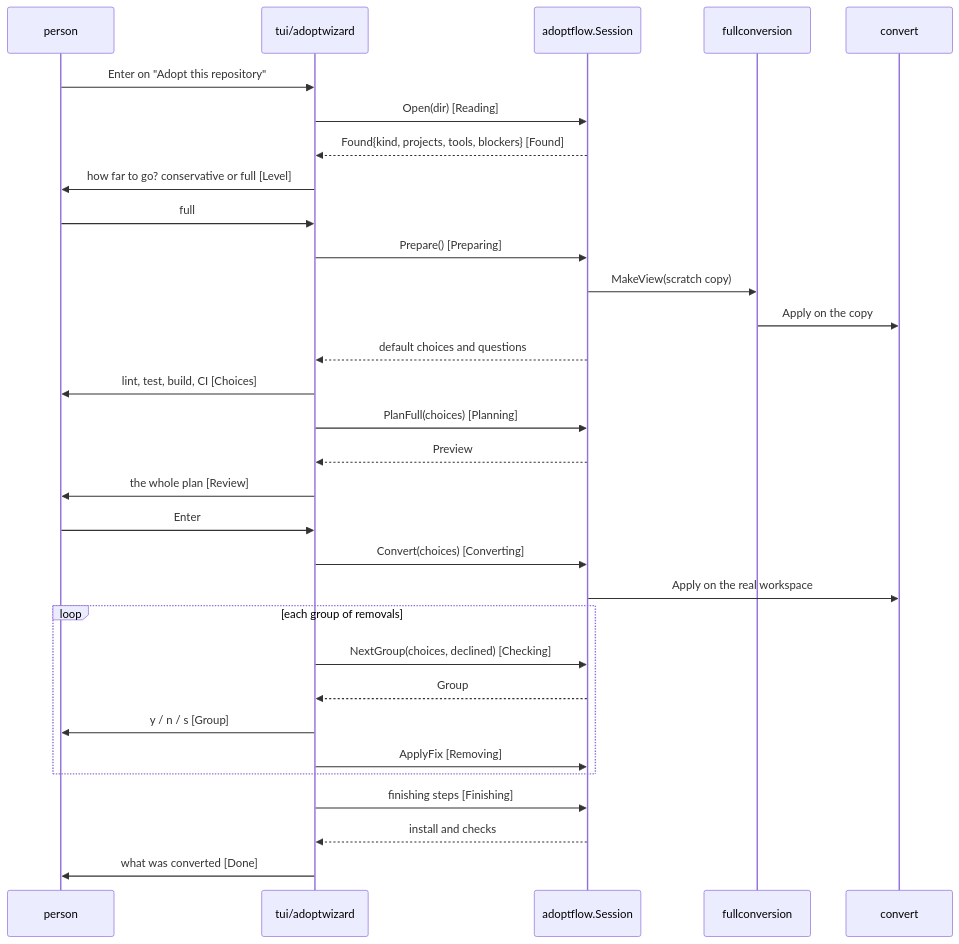
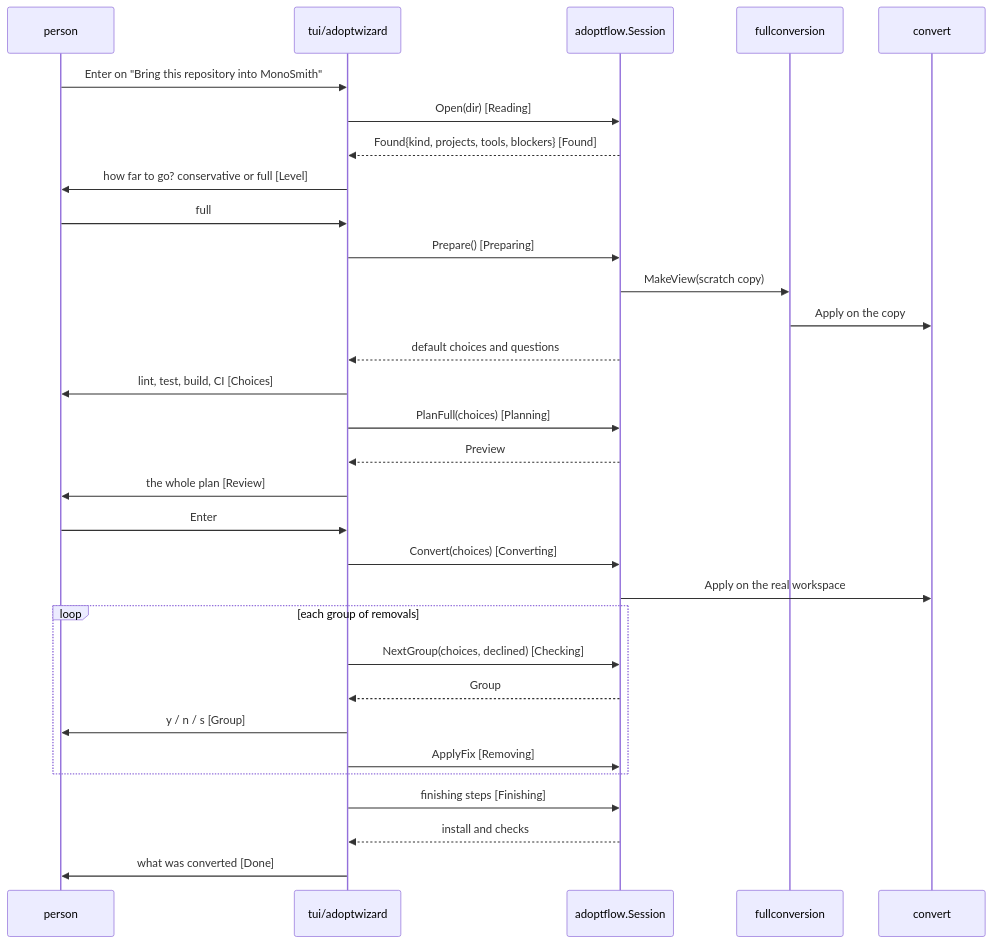
One commit to monosmith-app/monosmith changed the third of 3 diagrams in docs/architecture/adopt-and-convert.md. Above: the diagram before and after it, drawn with Mermaid. The commit also changed other lines of this file and 5 other files, not shown here.

First line of the commit message:
docs(smith): say there is one way into smith, not adopt or convert

````diff
--- a/docs/architecture/adopt-and-convert.md
+++ b/docs/architecture/adopt-and-convert.md
@@ -143,33 +143,33 @@
 ```mermaid
 sequenceDiagram
   participant U as person
   participant W as tui/adoptwizard
   participant F as adoptflow.Session
   participant FC as fullconversion
   participant C as convert
-  U->>W: Enter on "Adopt this repository"
+  U->>W: Enter on "Bring this repository into MonoSmith"
   W->>F: Open(dir) [Reading]
   F-->>W: Found{kind, projects, tools, blockers} [Found]
   W->>U: how far to go? conservative or full [Level]
   U->>W: full
   W->>F: Prepare() [Preparing]
   F->>FC: MakeView(scratch copy)
   FC->>C: Apply on the copy
   F-->>W: default choices and questions
   W->>U: lint, test, build, CI [Choices]
   W->>F: PlanFull(choices) [Planning]
   F-->>W: Preview
   W->>U: the whole plan [Review]
   U->>W: Enter
   W->>F: Convert(choices) [Converting]
   F->>C: Apply on the real workspace
   loop each group of removals
     W->>F: NextGroup(choices, declined) [Checking]
     F-->>W: Group
     W->>U: y / n / s [Group]
     W->>F: ApplyFix [Removing]
   end
   W->>F: finishing steps [Finishing]
   F-->>W: install and checks
   W->>U: what was converted [Done]
 ```
````
